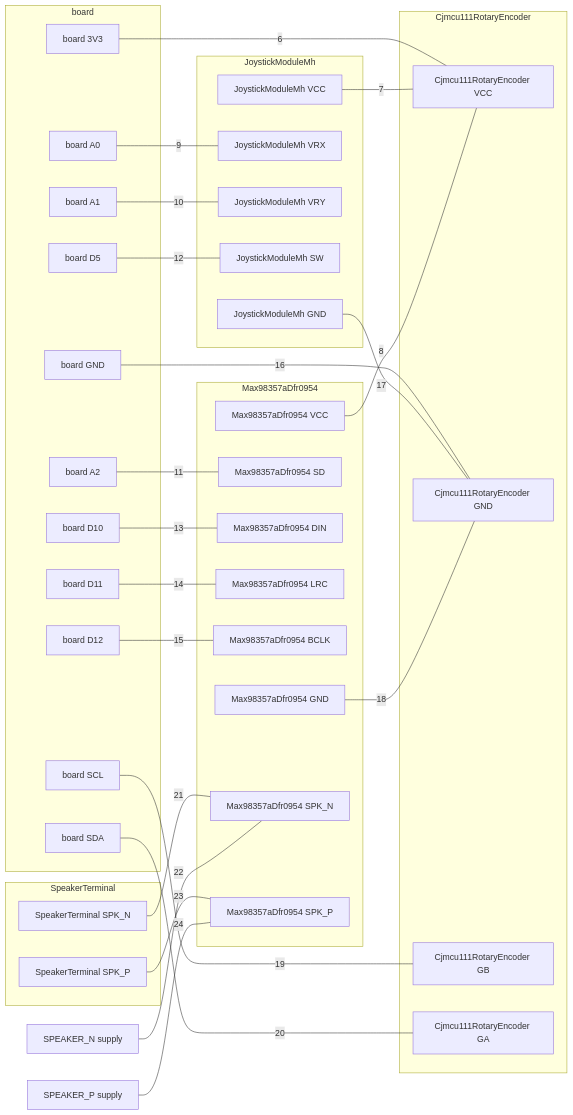
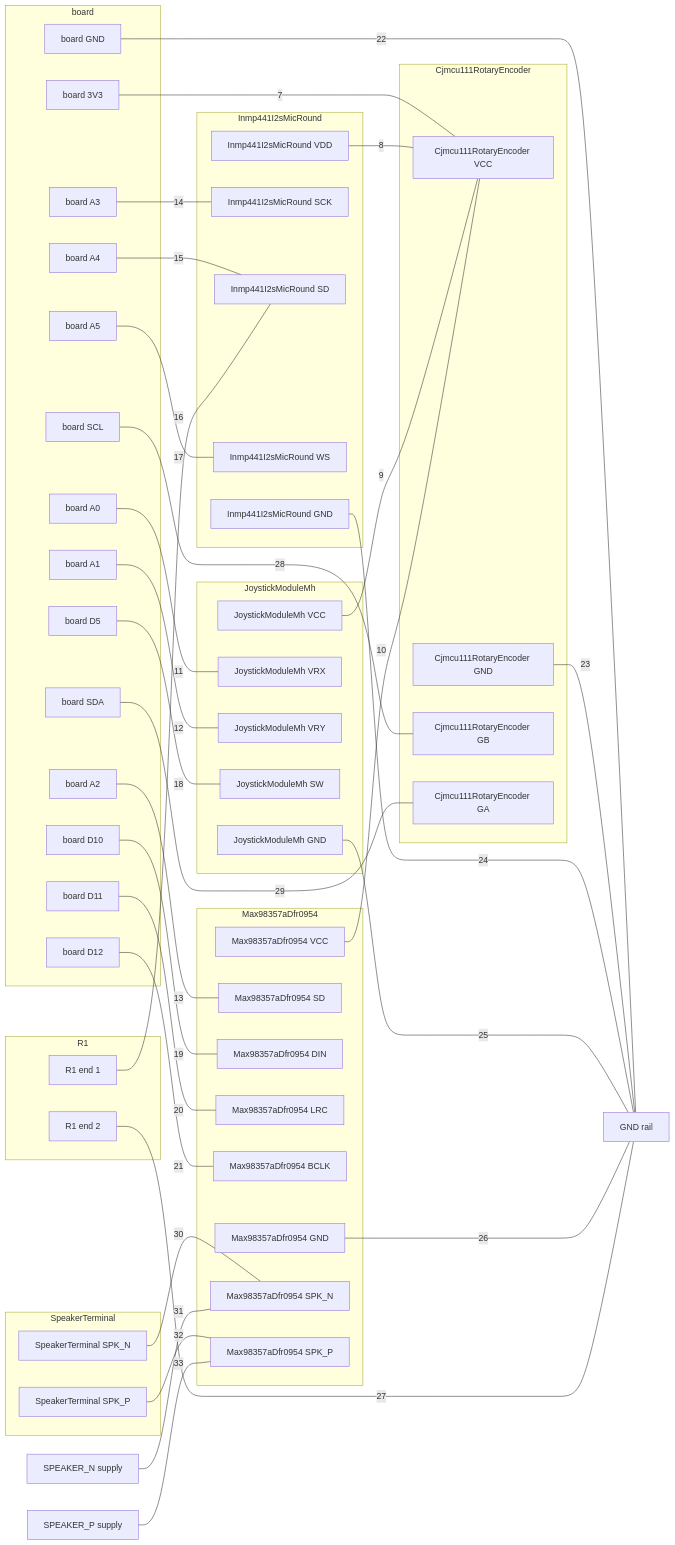
The diagram in build/breadboard.md (xmejkal/pixel-games), drawn with Mermaid before and after one commit. The commit also changed other lines of this file and 11 other files, not shown here.

````diff
--- a/build/breadboard.md
+++ b/build/breadboard.md
@@ -57,60 +83,83 @@
     n2["board A0"]
     n3["board A1"]
     n4["board A2"]
-    n5["board D5"]
-    n6["board D10"]
-    n7["board D11"]
-    n8["board D12"]
-    n9["board GND"]
-    n10["board SCL"]
-    n11["board SDA"]
+    n5["board A3"]
+    n6["board A4"]
+    n7["board A5"]
+    n8["board D5"]
+    n9["board D10"]
+    n10["board D11"]
+    n11["board D12"]
+    n12["board GND"]
+    n13["board SCL"]
+    n14["board SDA"]
   end
   subgraph g2["Cjmcu111RotaryEncoder"]
-    n12["Cjmcu111RotaryEncoder VCC"]
-    n13["Cjmcu111RotaryEncoder GND"]
-    n14["Cjmcu111RotaryEncoder GB"]
-    n15["Cjmcu111RotaryEncoder GA"]
+    n15["Cjmcu111RotaryEncoder VCC"]
+    n16["Cjmcu111RotaryEncoder GND"]
+    n17["Cjmcu111RotaryEncoder GB"]
+    n18["Cjmcu111RotaryEncoder GA"]
   end
-  subgraph g3["JoystickModuleMh"]
-    n16["JoystickModuleMh VCC"]
-    n17["JoystickModuleMh VRX"]
-    n18["JoystickModuleMh VRY"]
-    n19["JoystickModuleMh SW"]
-    n20["JoystickModuleMh GND"]
+  subgraph g3["Inmp441I2sMicRound"]
+    n19["Inmp441I2sMicRound VDD"]
+    n20["Inmp441I2sMicRound SCK"]
+    n21["Inmp441I2sMicRound SD"]
+    n22["Inmp441I2sMicRound WS"]
+    n23["Inmp441I2sMicRound GND"]
   end
-  subgraph g4["Max98357aDfr0954"]
-    n21["Max98357aDfr0954 VCC"]
-    n22["Max98357aDfr0954 SD"]
-    n23["Max98357aDfr0954 DIN"]
-    n24["Max98357aDfr0954 LRC"]
-    n25["Max98357aDfr0954 BCLK"]
-    n26["Max98357aDfr0954 GND"]
-    n27["Max98357aDfr0954 SPK_N"]
-    n28["Max98357aDfr0954 SPK_P"]
+  subgraph g4["JoystickModuleMh"]
+    n24["JoystickModuleMh VCC"]
+    n25["JoystickModuleMh VRX"]
+    n26["JoystickModuleMh VRY"]
+    n27["JoystickModuleMh SW"]
+    n28["JoystickModuleMh GND"]
   end
-  subgraph g5["SpeakerTerminal"]
-    n29["SpeakerTerminal SPK_N"]
-    n30["SpeakerTerminal SPK_P"]
+  subgraph g5["Max98357aDfr0954"]
+    n29["Max98357aDfr0954 VCC"]
+    n30["Max98357aDfr0954 SD"]
+    n31["Max98357aDfr0954 DIN"]
+    n32["Max98357aDfr0954 LRC"]
+    n33["Max98357aDfr0954 BCLK"]
+    n34["Max98357aDfr0954 GND"]
+    n35["Max98357aDfr0954 SPK_N"]
+    n36["Max98357aDfr0954 SPK_P"]
   end
-  n31["SPEAKER_N supply"]
-  n32["SPEAKER_P supply"]
-  n1 ---|"6"| n12
-  n16 ---|"7"| n12
-  n21 ---|"8"| n12
-  n2 ---|"9"| n17
-  n3 ---|"10"| n18
-  n4 ---|"11"| n22
-  n5 ---|"12"| n19
-  n6 ---|"13"| n23
-  n7 ---|"14"| n24
-  n8 ---|"15"| n25
-  n9 ---|"16"| n13
-  n20 ---|"17"| n13
-  n26 ---|"18"| n13
-  n10 ---|"19"| n14
-  n11 ---|"20"| n15
-  n29 ---|"21"| n27
-  n31 ---|"22"| n27
-  n30 ---|"23"| n28
-  n32 ---|"24"| n28
+  subgraph g6["R1"]
+    n37["R1 end 1"]
+    n38["R1 end 2"]
+  end
+  subgraph g7["SpeakerTerminal"]
+    n39["SpeakerTerminal SPK_N"]
+    n40["SpeakerTerminal SPK_P"]
+  end
+  n41["GND rail"]
+  n42["SPEAKER_N supply"]
+  n43["SPEAKER_P supply"]
+  n1 ---|"7"| n15
+  n19 ---|"8"| n15
+  n24 ---|"9"| n15
+  n29 ---|"10"| n15
+  n2 ---|"11"| n25
+  n3 ---|"12"| n26
+  n4 ---|"13"| n30
+  n5 ---|"14"| n20
+  n6 ---|"15"| n21
+  n37 ---|"16"| n21
+  n7 ---|"17"| n22
+  n8 ---|"18"| n27
+  n9 ---|"19"| n31
+  n10 ---|"20"| n32
+  n11 ---|"21"| n33
+  n12 ---|"22"| n41
+  n16 ---|"23"| n41
+  n23 ---|"24"| n41
+  n28 ---|"25"| n41
+  n34 ---|"26"| n41
+  n38 ---|"27"| n41
+  n13 ---|"28"| n17
+  n14 ---|"29"| n18
+  n39 ---|"30"| n35
+  n42 ---|"31"| n35
+  n40 ---|"32"| n36
+  n43 ---|"33"| n36
 ```
````
